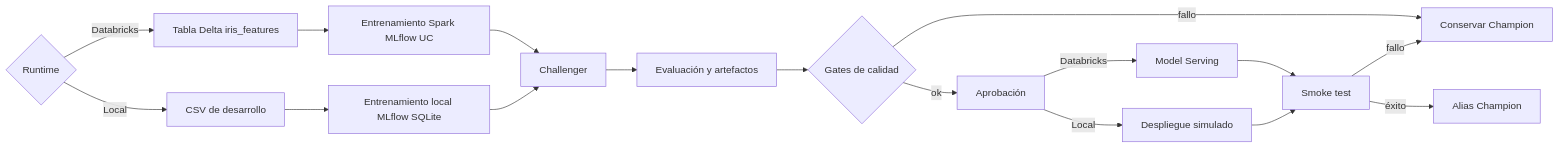
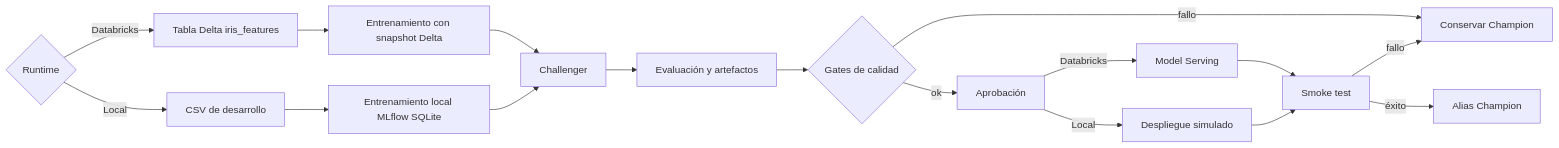
The second of 2 diagrams in docs/architecture.md (cristopheranbus/iris_mlflow), drawn with Mermaid before and after one commit. The commit also changed other lines of this file and 17 other files, not shown here.

````diff
--- a/docs/architecture.md
+++ b/docs/architecture.md
@@ -34,19 +34,19 @@
 ```mermaid
 flowchart LR
     A{Runtime} -->|Databricks| B[Tabla Delta iris_features]
     A -->|Local| L[CSV de desarrollo]
-    B --> C[Entrenamiento Spark MLflow UC]
+    B --> C[Entrenamiento con snapshot Delta]
     L --> M[Entrenamiento local MLflow SQLite]
     C --> N[Challenger]
     M --> N
     N --> D[Evaluación y artefactos]
     D --> E{Gates de calidad}
     E -->|fallo| F[Conservar Champion]
     E -->|ok| G[Aprobación]
     G -->|Databricks| H[Model Serving]
     G -->|Local| I[Despliegue simulado]
     H --> J[Smoke test]
     I --> J
     J -->|fallo| F
     J -->|éxito| K[Alias Champion]
 ```
````
